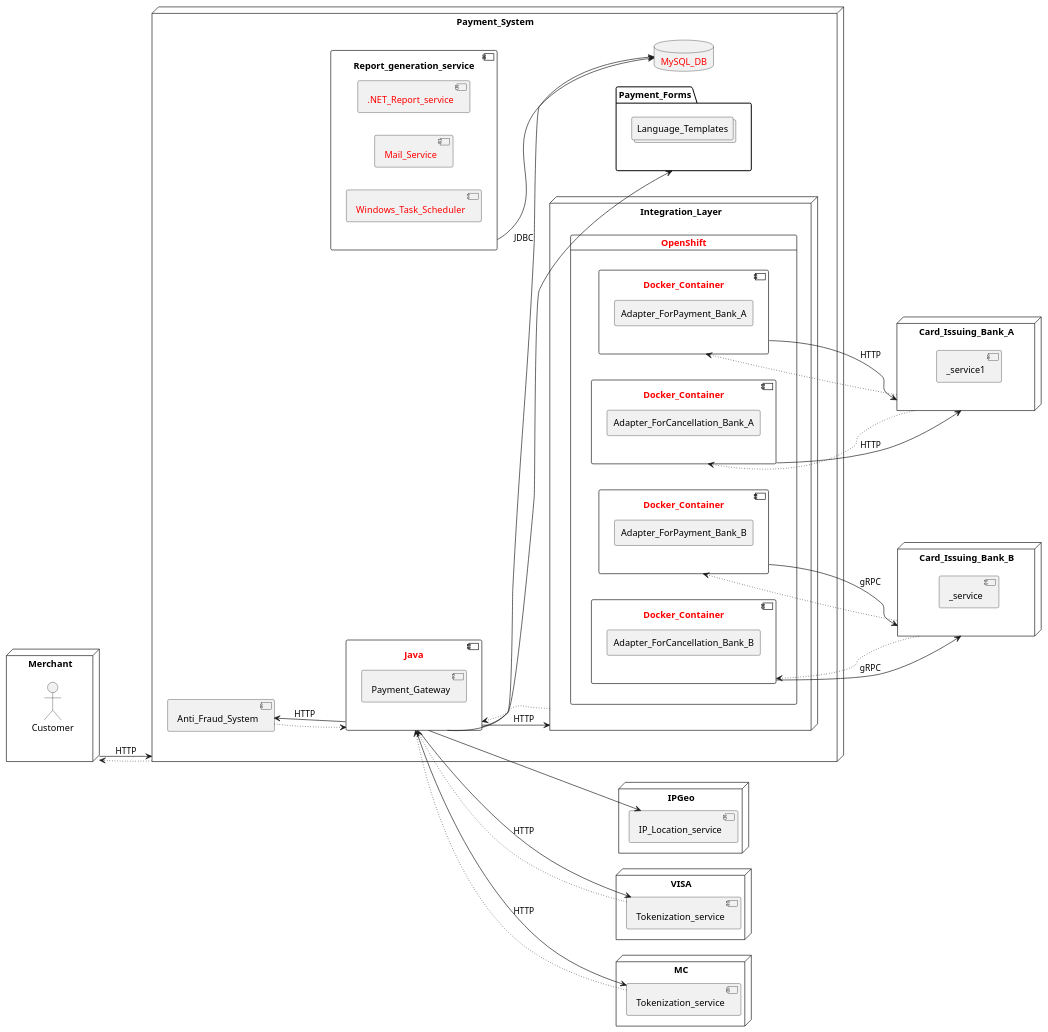
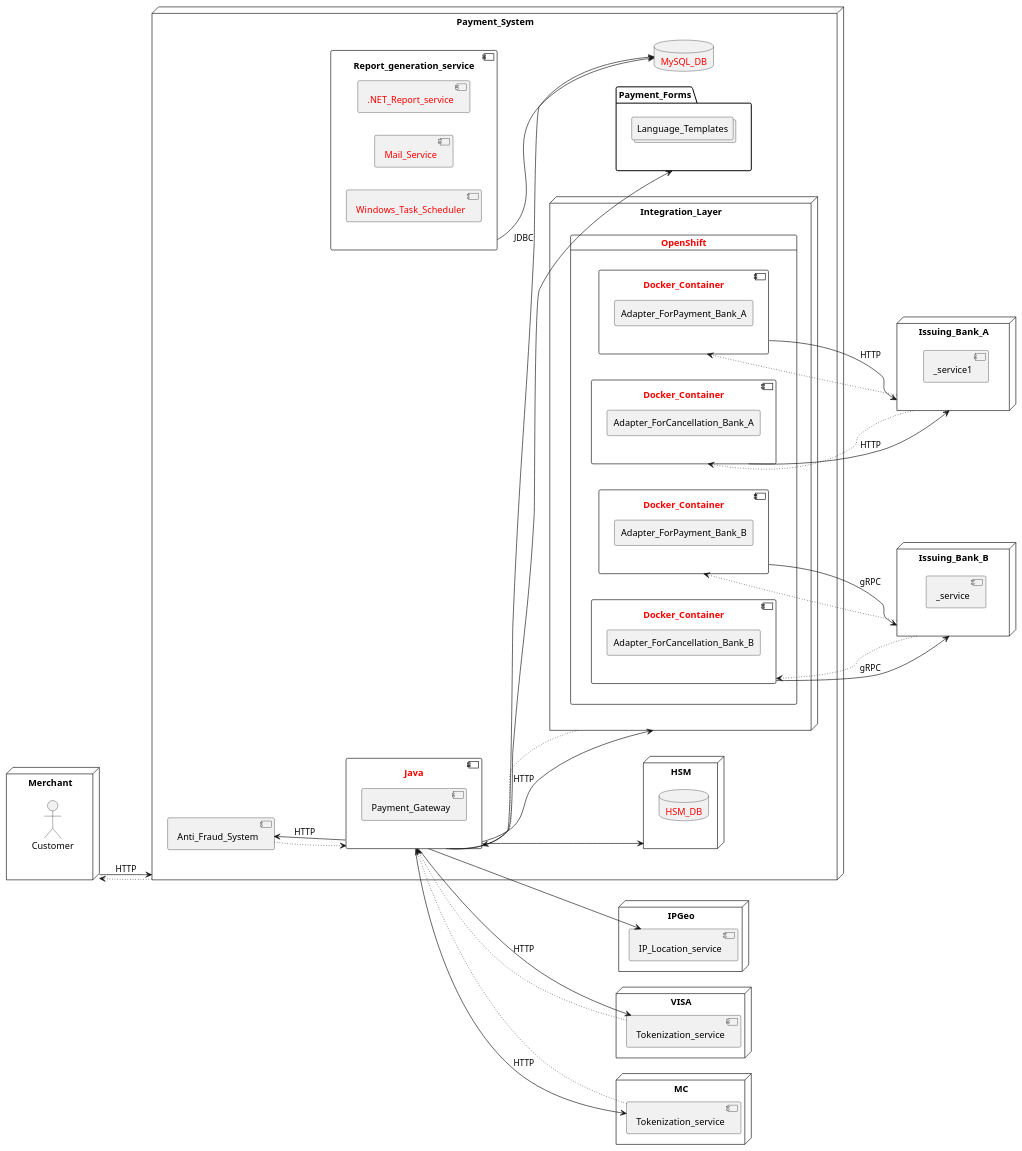
One commit to Hello-Stella/Solutions changed the diagram in .idea/src/main/OpenApi/3 System architecture/3.1 Component diagram.puml. Above: the diagram before and after it, drawn with PlantUML. The commit also changed 6 other files, not shown here.

```diff
--- a/.idea/src/main/OpenApi/3 System architecture/3.1 Component diagram.puml
+++ b/.idea/src/main/OpenApi/3 System architecture/3.1 Component diagram.puml
@@ -1,111 +1,115 @@
 @startuml
 
 left to right direction
 
 
 node Merchant as A{
 actor Customer
 }
 
 
 node Payment_System as B {
 component Java as C #text:red{
 component Payment_Gateway
 }
 
 
 component Anti_Fraud_System as D
 node Integration_Layer as E {
 card OpenShift #text:red {
 
 component Docker_Container as F #text:red {
 agent Adapter_ForPayment_Bank_A
 }
 
 component Docker_Container as F1 #text:red {
 agent Adapter_ForCancellation_Bank_A
 }
 
 
 component Docker_Container as G #text:red {
 agent Adapter_ForPayment_Bank_B
 }
 
 component Docker_Container as G1 #text:red {
 agent Adapter_ForCancellation_Bank_B
 }
 
 }
 
 }
 
 database MySQL_DB as DB #text:red
 
+node HSM as U {
+database HSM_DB #text:red
+}
 
 folder Payment_Forms as L {
 collections Language_Templates
 
 }
 
  component Report_generation_service as Y {
    component ".NET_Report_service" #text:red {
 }
    component Mail_Service #text:red{
 }
 
    component Windows_Task_Scheduler #text:red{
 }
 
 }
 
 }
 
 
 
 node IPGeo {
 component IP_Location_service as M
 }
 
 node VISA {
 component Tokenization_service as H
 }
 
 node MC {
 component Tokenization_service as I
 }
 
 
-node Card_Issuing_Bank_A as J {
+node Issuing_Bank_A as J {
 component _service1
 }
 
 
-node Card_Issuing_Bank_B as K {
+node Issuing_Bank_B as K {
 component _service
 }
 
 
 A-->B : HTTP
 B~~>A
 C-->L
 C-->E : HTTP
 E~~>C
 C-->D : HTTP
 D~~>C
 C-->DB : JDBC
+C-->U
 C-->H : HTTP
 H~~>C
 C-->M
 C-->I : HTTP
 I~~>C
 F-->J : HTTP
 J~~>F
 F1-->J : HTTP
 J~~>F1
 G-->K : gRPC
 K~~>G
 G1-->K : gRPC
 K~~>G1
 Y-->DB
 
 @enduml
```
